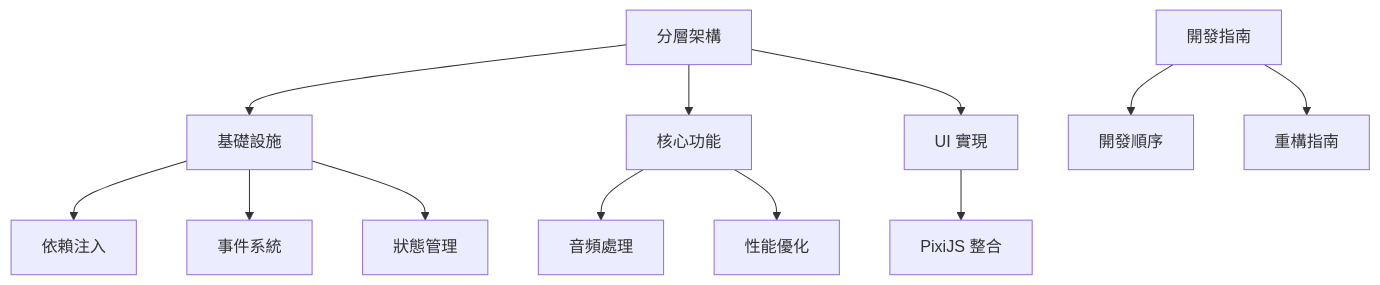
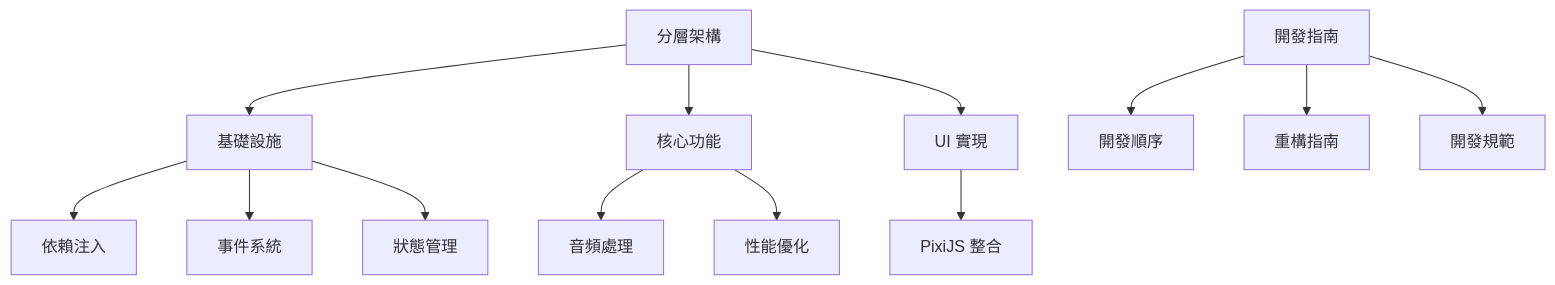
Before and after one commit to qwertyboy0325/echlub-front: the diagram in docs/architecture/README.md, drawn with Mermaid. The commit also changed other lines of this file, not shown here.

Commit message:
新增開發規範章節至開發指南，並更新文檔關係圖及更新記錄，以提供更清晰的開發流程指導。

````diff
--- a/docs/architecture/README.md
+++ b/docs/architecture/README.md
@@ -77,18 +87,19 @@
 ```mermaid
 graph TD
     A[分層架構] --> B[基礎設施]
     A --> C[核心功能]
     A --> D[UI 實現]
     
     B --> B1[依賴注入]
     B --> B2[事件系統]
     B --> B3[狀態管理]
     
     C --> C1[音頻處理]
     C --> C2[性能優化]
     
     D --> D1[PixiJS 整合]
     
     E[開發指南] --> E1[開發順序]
     E --> E2[重構指南]
+    E --> E3[開發規範]
 ```
````
